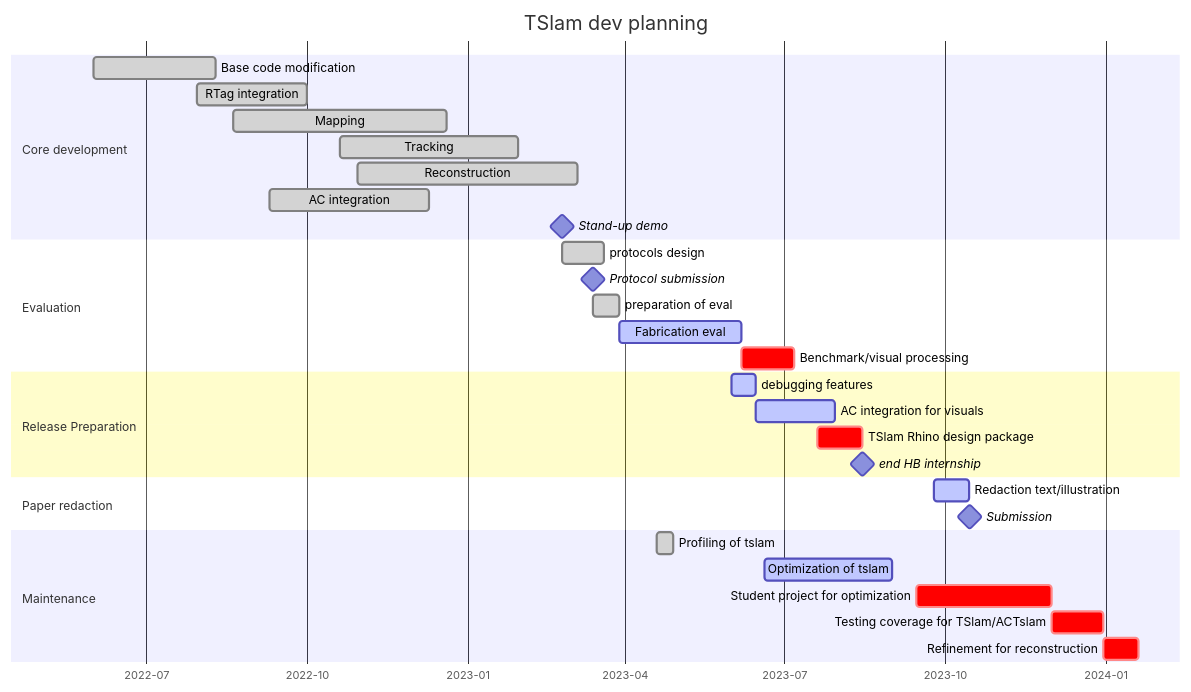
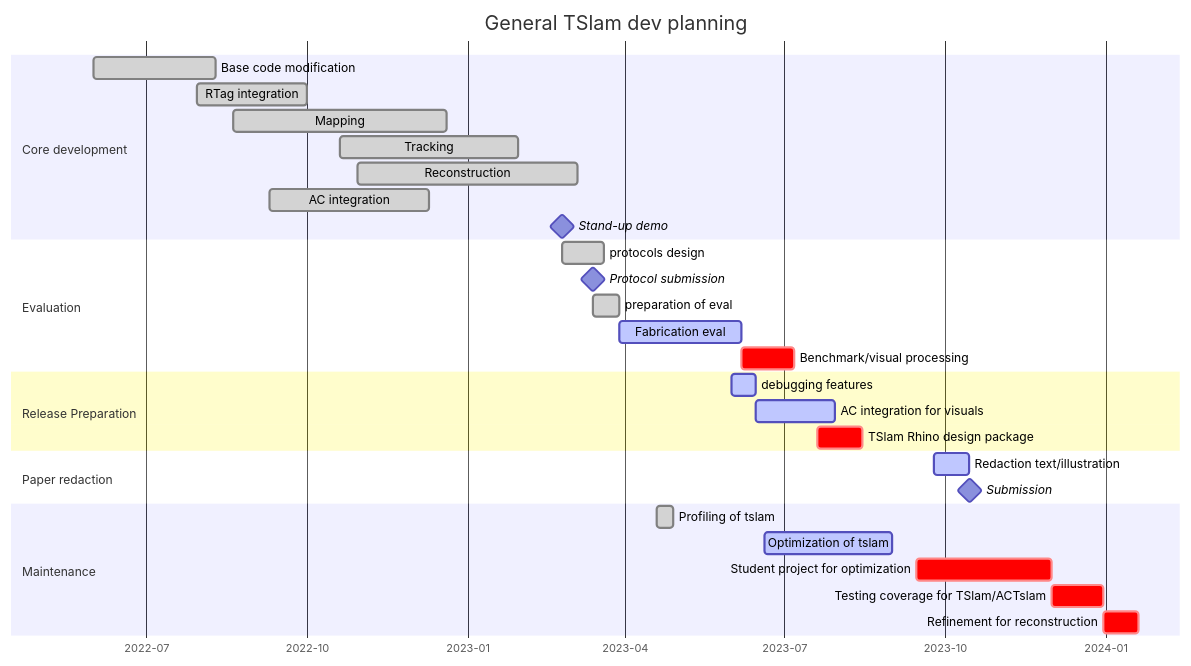
Before and after one commit to ibois-epfl/TSlam: the first of 2 diagrams in README.md, drawn with Mermaid. The commit also changed other lines of this file, not shown here.

Commit message:
CAP-ADD: new planning + tasks for internship hong bin summer 2023

````diff
--- a/README.md
+++ b/README.md
@@ -10,39 +10,38 @@
 ```mermaid
 gantt
     dateFormat  YYYY-MM-DD
-    title       TSlam dev planning
+    title       General TSlam dev planning
     axisFormat %Y-%m
 
     section Core development
     Base code modification          :done, ucm, 2022-06-01, 2022-08-10
     RTag integration                :done, rti, 2022-07-30, 2022-10-01
     Mapping                         :done, map, 2022-08-20, 2022-12-20
     Tracking                        :done, trck, 2022-10-20, 2023-01-30
     Reconstruction                  :done, rec, 2022-10-30, 2023-03-05
     AC integration                  :done, aci, 2022-09-10, 2022-12-10
     Stand-up demo                   :milestone, 2023-02-24, 0d
 
     section Evaluation
     protocols design                :done, ptrd, 2023-02-24, 2023-03-20
     Protocol submission             :milestone, 2023-03-14, 0d
     preparation of eval             :done, 15d
     Fabrication eval                :active, 70d
     Benchmark/visual processing     :crit, 30d
     
     section Release Preparation
     debugging features              :active, 2023-06-01, 2023-06-15
     AC integration for visuals      :active, 2023-06-15, 2023-07-30
     TSlam Rhino design package      :crit, 2023-07-20, 2023-08-15
-    end HB internship               :milestone, 2023-08-15
 
     section Paper redaction
     Redaction text/illustration     :active, pprd, 2023-09-25, 20d
     Submission                      :milestone, 1d
     
     section Maintenance            
     Profiling of tslam                  :done, opti, 2023-04-19, 10d
     Optimization of tslam               :active, 2023-06-20, 2023-09-01
     Student project for optimization    :crit, 90d, 2023-09-15, 2023-12-01
     Testing coverage for TSlam/ACTslam  :crit, 30d
     Refinement for reconstruction       :crit, 20d
 ```
````
